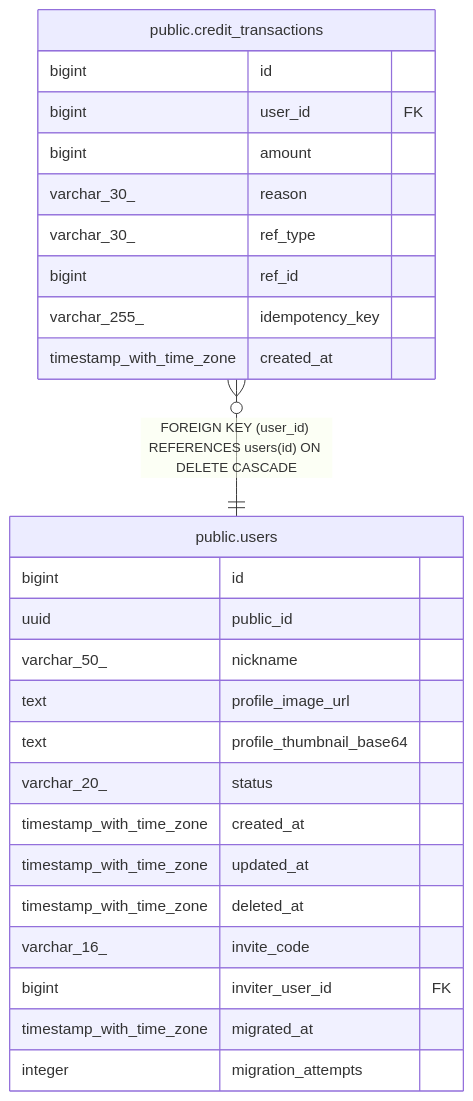
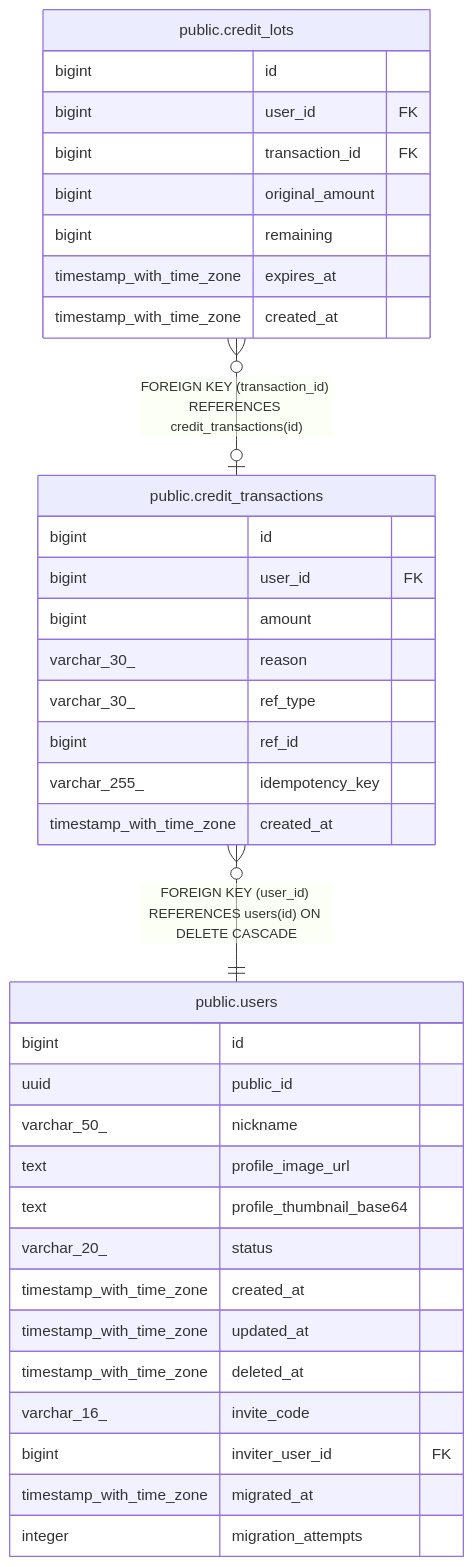
Before and after one commit to KIM-N-KANG/manyak-server: the diagram in dbdoc/public.credit_transactions.md, drawn with Mermaid. The commit also changed other lines of this file and 9 other files, not shown here.

````diff
--- a/dbdoc/public.credit_transactions.md
+++ b/dbdoc/public.credit_transactions.md
@@ -37,31 +37,41 @@
 ```mermaid
 erDiagram
 
+"public.credit_lots" }o--o| "public.credit_transactions" : "FOREIGN KEY (transaction_id) REFERENCES credit_transactions(id)"
 "public.credit_transactions" }o--|| "public.users" : "FOREIGN KEY (user_id) REFERENCES users(id) ON DELETE CASCADE"
 
 "public.credit_transactions" {
   bigint id
   bigint user_id FK
   bigint amount
   varchar_30_ reason
   varchar_30_ ref_type
   bigint ref_id
   varchar_255_ idempotency_key
+  timestamp_with_time_zone created_at
+}
+"public.credit_lots" {
+  bigint id
+  bigint user_id FK
+  bigint transaction_id FK
+  bigint original_amount
+  bigint remaining
+  timestamp_with_time_zone expires_at
   timestamp_with_time_zone created_at
 }
 "public.users" {
   bigint id
   uuid public_id
   varchar_50_ nickname
   text profile_image_url
   text profile_thumbnail_base64
   varchar_20_ status
   timestamp_with_time_zone created_at
   timestamp_with_time_zone updated_at
   timestamp_with_time_zone deleted_at
   varchar_16_ invite_code
   bigint inviter_user_id FK
   timestamp_with_time_zone migrated_at
   integer migration_attempts
 }
 ```
````
